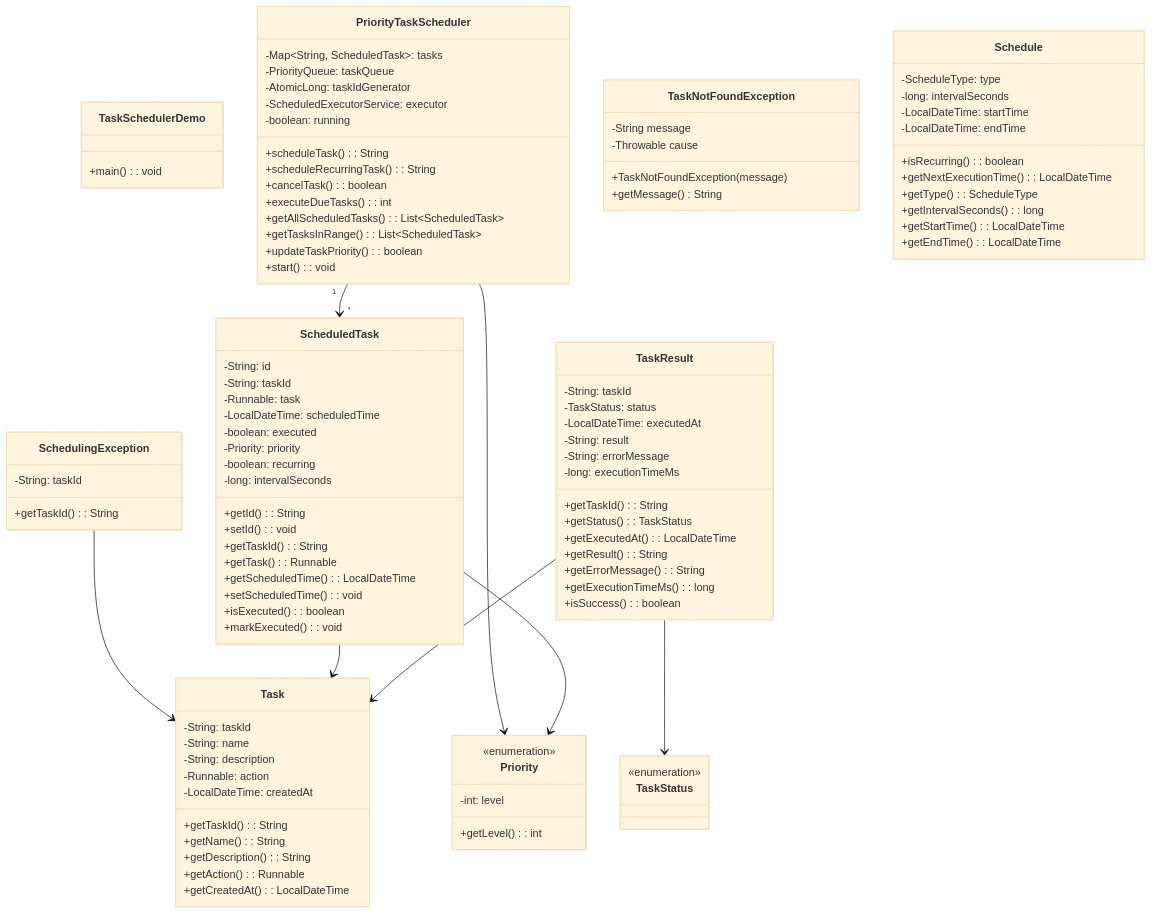
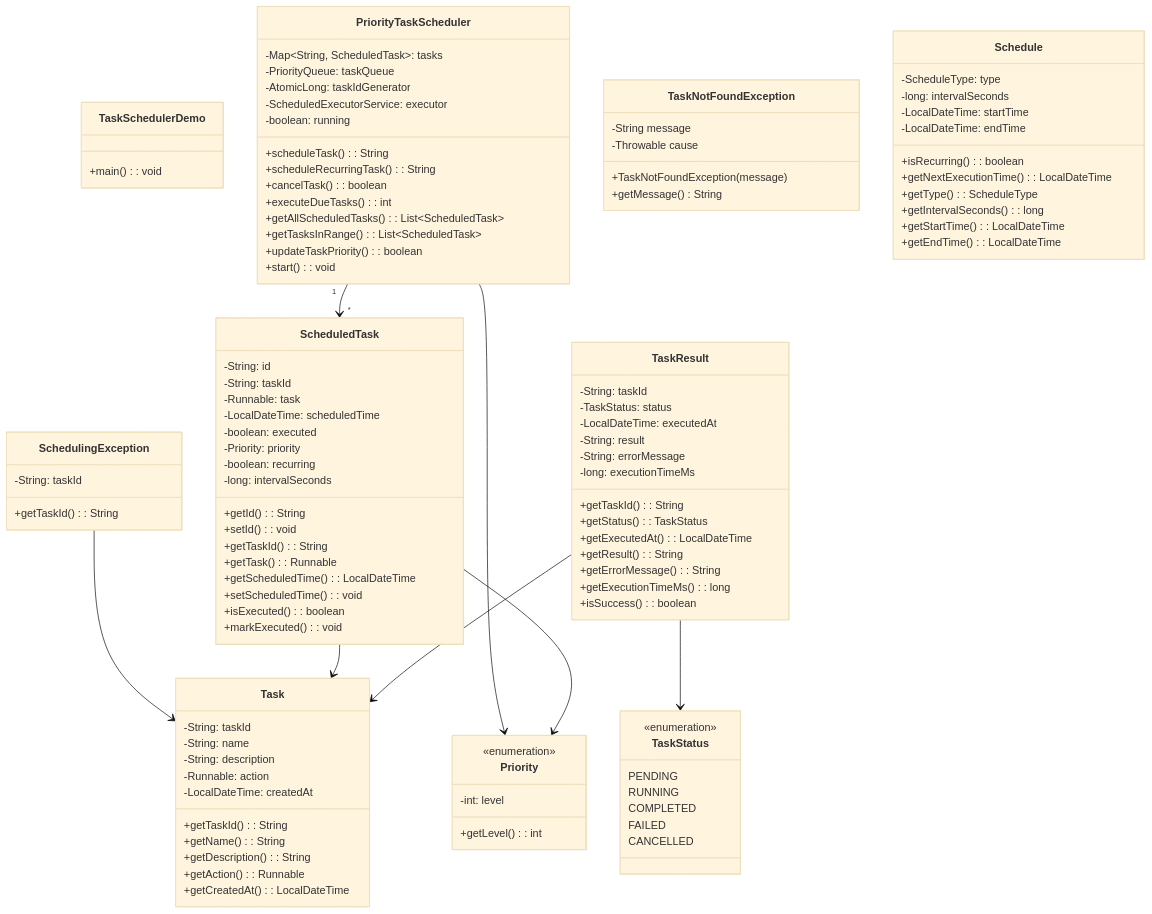
One commit to dlkr18/lld-playbook changed the diagram in docs/problems/taskscheduler/diagrams/class-diagram.mmd. Above: the diagram before and after it, drawn with Mermaid (base theme). The commit also changed 54 other files, not shown here.

```diff
--- a/docs/problems/taskscheduler/diagrams/class-diagram.mmd
+++ b/docs/problems/taskscheduler/diagrams/class-diagram.mmd
@@ -1,112 +1,117 @@
 classDiagram
 
     class TaskSchedulerDemo {
         +main(): void
     }
 
     class ScheduledTask {
         -String: id
         -String: taskId
         -Runnable: task
         -LocalDateTime: scheduledTime
         -boolean: executed
         -Priority: priority
         -boolean: recurring
         -long: intervalSeconds
         +getId(): String
         +setId(): void
         +getTaskId(): String
         +getTask(): Runnable
         +getScheduledTime(): LocalDateTime
         +setScheduledTime(): void
         +isExecuted(): boolean
         +markExecuted(): void
     }
 
     class PriorityTaskScheduler {
         -Map~String, ScheduledTask~: tasks
         -PriorityQueue<ScheduledTask>: taskQueue
         -AtomicLong: taskIdGenerator
         -ScheduledExecutorService: executor
         -boolean: running
         +scheduleTask(): String
         +scheduleRecurringTask(): String
         +cancelTask(): boolean
         +executeDueTasks(): int
         +getAllScheduledTasks(): List~ScheduledTask~
         +getTasksInRange(): List~ScheduledTask~
         +updateTaskPriority(): boolean
         +start(): void
     }
 
     class SchedulingException {
         -String: taskId
         +getTaskId(): String
     }
 
     class TaskNotFoundException {
         -String message
         -Throwable cause
         +TaskNotFoundException(message)
         +getMessage() String
     }
 
     class Schedule {
         -ScheduleType: type
         -long: intervalSeconds
         -LocalDateTime: startTime
         -LocalDateTime: endTime
         +isRecurring(): boolean
         +getNextExecutionTime(): LocalDateTime
         +getType(): ScheduleType
         +getIntervalSeconds(): long
         +getStartTime(): LocalDateTime
         +getEndTime(): LocalDateTime
     }
 
     class TaskStatus {
         <<enumeration>>
+        PENDING
+        RUNNING
+        COMPLETED
+        FAILED
+        CANCELLED
     }
 
     class TaskResult {
         -String: taskId
         -TaskStatus: status
         -LocalDateTime: executedAt
         -String: result
         -String: errorMessage
         -long: executionTimeMs
         +getTaskId(): String
         +getStatus(): TaskStatus
         +getExecutedAt(): LocalDateTime
         +getResult(): String
         +getErrorMessage(): String
         +getExecutionTimeMs(): long
         +isSuccess(): boolean
     }
 
     class Task {
         -String: taskId
         -String: name
         -String: description
         -Runnable: action
         -LocalDateTime: createdAt
         +getTaskId(): String
         +getName(): String
         +getDescription(): String
         +getAction(): Runnable
         +getCreatedAt(): LocalDateTime
     }
 
     class Priority {
         <<enumeration>>
         -int: level
         +getLevel(): int
     }
 
     PriorityTaskScheduler "1" --> "*" ScheduledTask
     PriorityTaskScheduler --> Priority
     SchedulingException --> Task
     ScheduledTask --> Task
     ScheduledTask --> Priority
     TaskResult --> Task
     TaskResult --> TaskStatus
```
